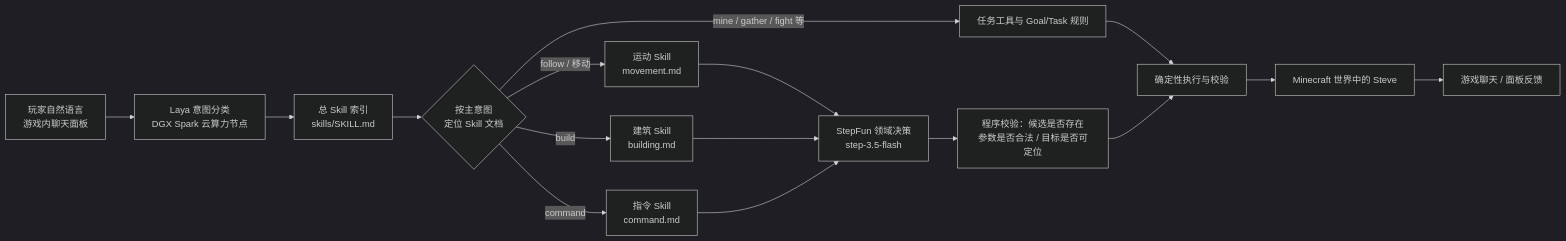
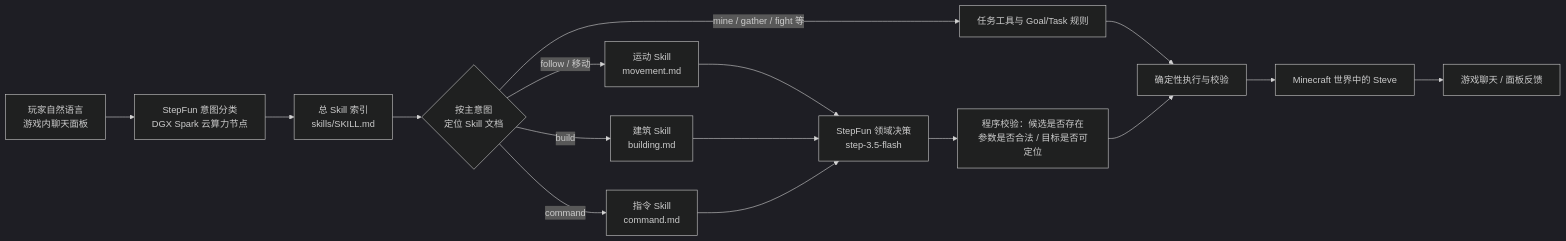
The diagram in README.md (Lingering3/Minecraft-ai-robot-your-personal-helpful-friend-), drawn with Mermaid (dark theme) before and after one commit. The commit also changed other lines of this file and 17 other files, not shown here.

Commit message:
Route intent analysis through StepFun and add parallel controls

````diff
--- a/README.md
+++ b/README.md
@@ -67,18 +67,18 @@
 ```mermaid
 flowchart LR
-    U["玩家自然语言<br/>游戏内聊天面板"] --> L["Laya 意图分类<br/>DGX Spark 云算力节点"]
+    U["玩家自然语言<br/>游戏内聊天面板"] --> L["StepFun 意图分类<br/>DGX Spark 云算力节点"]
     L --> IDX["总 Skill 索引<br/>skills/SKILL.md"]
     IDX --> SK{"按主意图<br/>定位 Skill 文档"}
     SK -->|"follow / 移动"| MV["运动 Skill<br/>movement.md"]
     SK -->|"build"| BD["建筑 Skill<br/>building.md"]
     SK -->|"command"| CMD["指令 Skill<br/>command.md"]
     SK -->|"mine / gather / fight 等"| OT["任务工具与 Goal/Task 规则"]
     MV --> SF["StepFun 领域决策<br/>step-3.5-flash"]
     BD --> SF
     CMD --> SF
     OT --> EX["确定性执行与校验"]
     SF --> CHK["程序校验：候选是否存在<br/>参数是否合法 / 目标是否可定位"]
     CHK --> EX
     EX --> W["Minecraft 世界中的 Steve"]
     W --> R["游戏聊天 / 面板反馈"]
 ```
````
